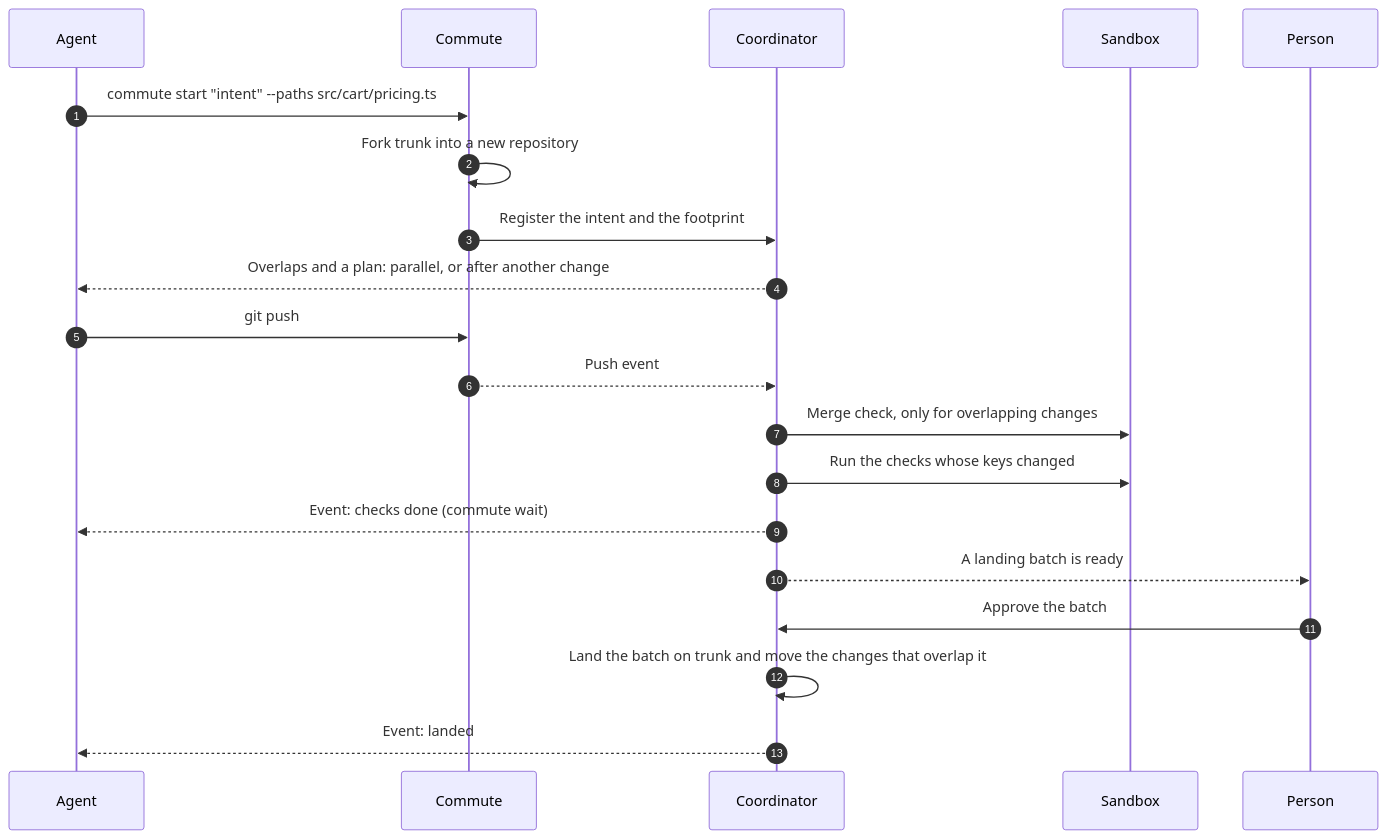
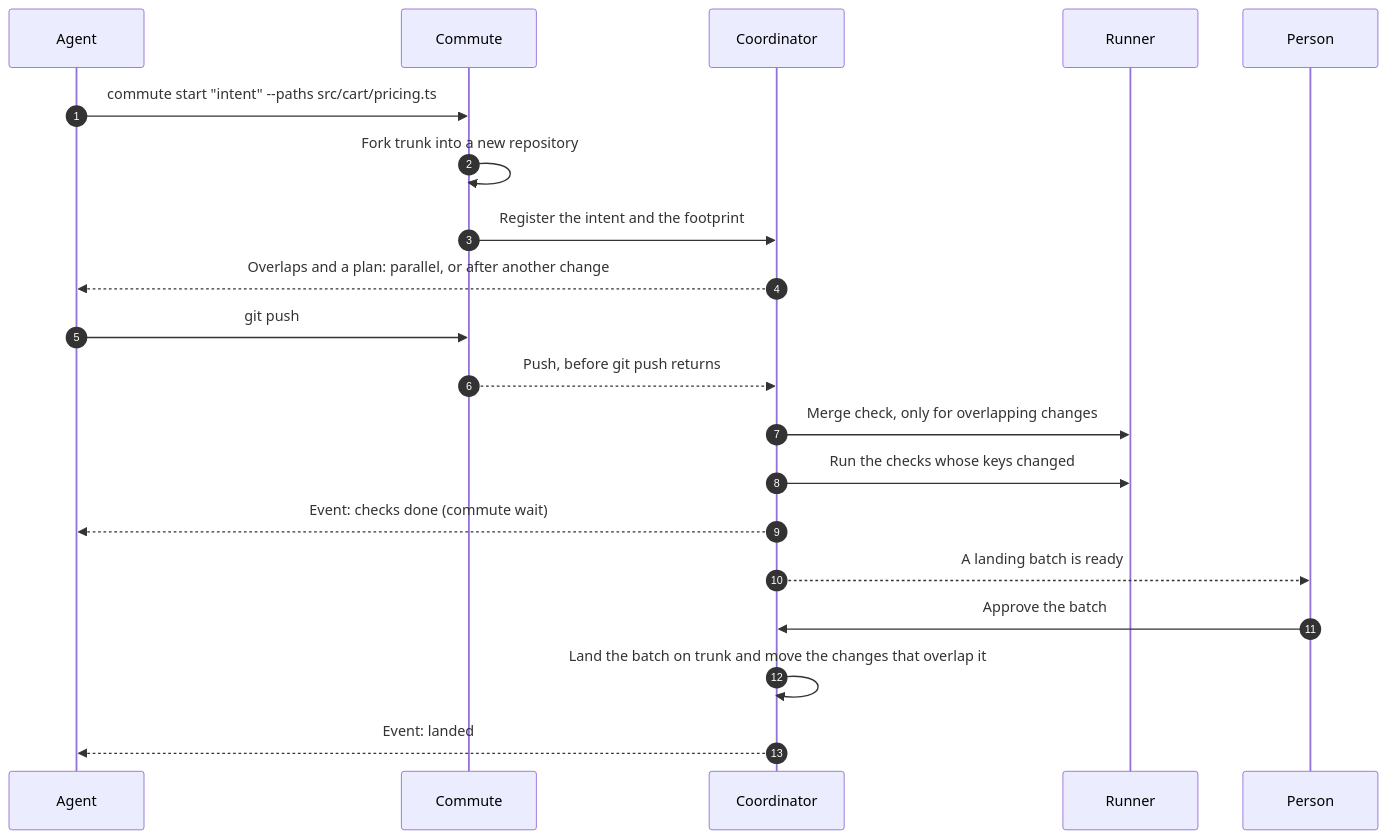
One commit to lucrise-llc/commute changed the first of 2 diagrams in README.md. Above: the diagram before and after it, drawn with Mermaid. The commit also changed other lines of this file and 19 other files, not shown here.

````diff
--- a/README.md
+++ b/README.md
@@ -123,22 +125,22 @@
 ```mermaid
 sequenceDiagram
     autonumber
     participant A as Agent
     participant C as Commute
     participant K as Coordinator
-    participant S as Sandbox
+    participant S as Runner
     participant P as Person
     A->>C: commute start "intent" --paths src/cart/pricing.ts
     C->>C: Fork trunk into a new repository
     C->>K: Register the intent and the footprint
     K-->>A: Overlaps and a plan: parallel, or after another change
     A->>C: git push
-    C-->>K: Push event
+    C-->>K: Push, before git push returns
     K->>S: Merge check, only for overlapping changes
     K->>S: Run the checks whose keys changed
     K-->>A: Event: checks done (commute wait)
     K-->>P: A landing batch is ready
     P->>K: Approve the batch
     K->>K: Land the batch on trunk and move the changes that overlap it
     K-->>A: Event: landed
 ```
````
